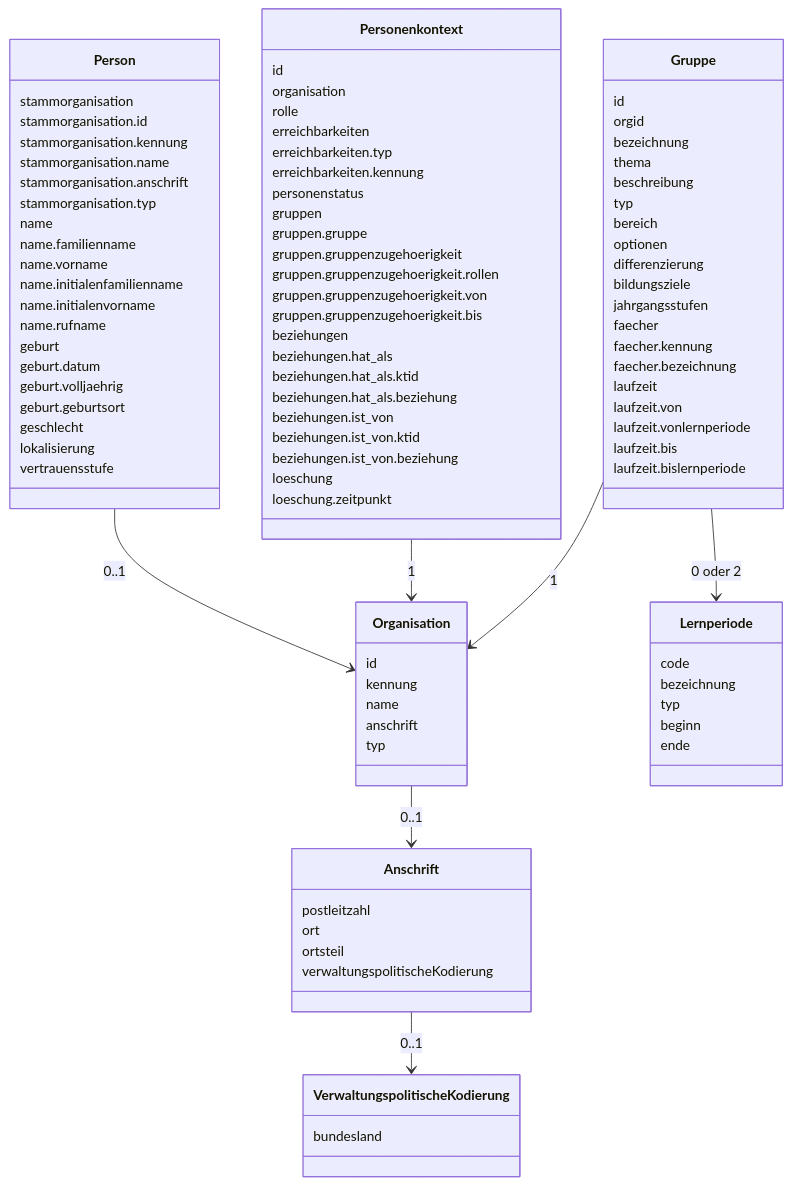
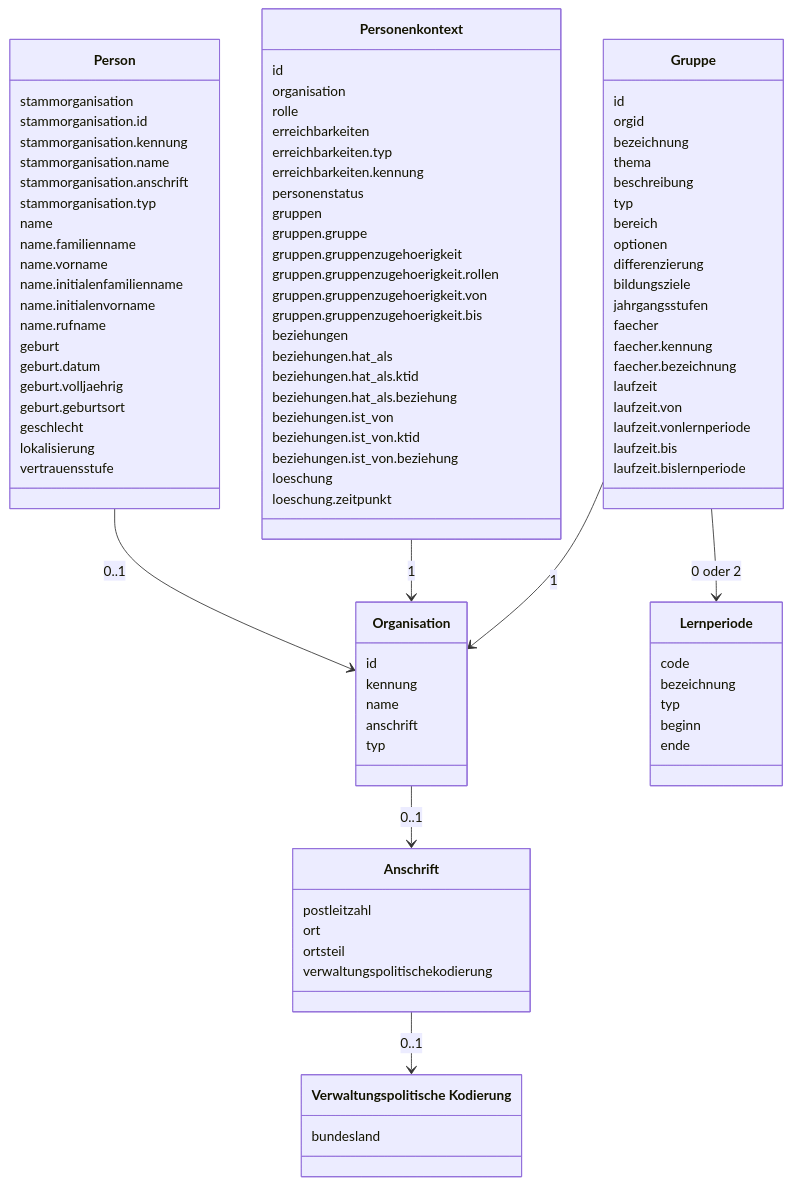
The diagram in docs/datenmodell-dienste/datenmodell.md (Schulconnex/Schulconnex), drawn with Mermaid before and after one commit. The commit also changed 5 other files, not shown here.

First line of the commit message:
#628 Uneinheitliche Schreibweise von verwaltungspolitischeKodierung im Datenmodell „Anschrift“

````diff
--- a/docs/datenmodell-dienste/datenmodell.md
+++ b/docs/datenmodell-dienste/datenmodell.md
@@ -33,9 +33,12 @@
 ```mermaid
 classDiagram
+
+  class Verwaltungspolitische_Kodierung["Verwaltungspolitische Kodierung"]
+
   Person --> Organisation : 0..1
   Personenkontext --> Organisation : 1
   Organisation --> Anschrift : 0..1
-  Anschrift --> VerwaltungspolitischeKodierung : 0..1
+  Anschrift --> Verwaltungspolitische_Kodierung: 0..1
   Gruppe --> Organisation : 1
   Gruppe --> Lernperiode : 0 oder 2
   class Person {
@@ -94,9 +97,9 @@
     postleitzahl
     ort
     ortsteil
-    verwaltungspolitischeKodierung
+    verwaltungspolitischekodierung
   }
-  class VerwaltungspolitischeKodierung {
+  class Verwaltungspolitische_Kodierung {
     bundesland
   }
   class Gruppe {
````
